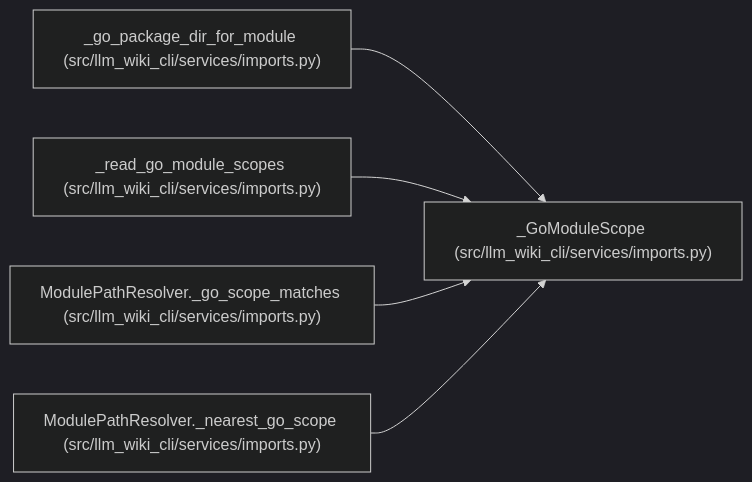
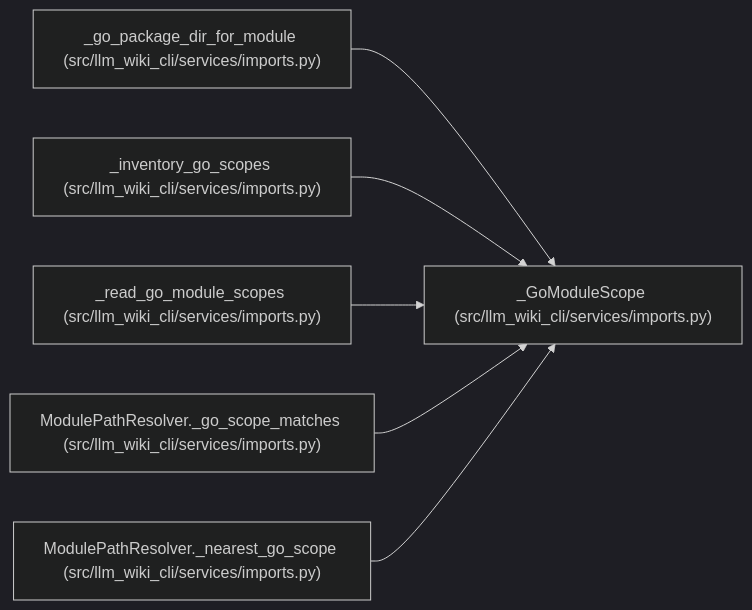
The diagram in docs/llm_wiki/entities/GoModuleScope.md (Denissvgn/python-wiki-llm), drawn with Mermaid (dark theme) before and after one commit. The commit also changed other lines of this file and 76 other files, not shown here.

````diff
--- a/docs/llm_wiki/entities/GoModuleScope.md
+++ b/docs/llm_wiki/entities/GoModuleScope.md
@@ -28,17 +28,20 @@
 ```mermaid
 flowchart LR
     n0["_GoModuleScope (src/llm_wiki_cli/services/imports.py)"]
     n1["_go_package_dir_for_module (src/llm_wiki_cli/services/imports.py)"]
-    n2["_read_go_module_scopes (src/llm_wiki_cli/services/imports.py)"]
-    n3["ModulePathResolver._go_scope_matches (src/llm_wiki_cli/services/imports.py)"]
-    n4["ModulePathResolver._nearest_go_scope (src/llm_wiki_cli/services/imports.py)"]
+    n2["_inventory_go_scopes (src/llm_wiki_cli/services/imports.py)"]
+    n3["_read_go_module_scopes (src/llm_wiki_cli/services/imports.py)"]
+    n4["ModulePathResolver._go_scope_matches (src/llm_wiki_cli/services/imports.py)"]
+    n5["ModulePathResolver._nearest_go_scope (src/llm_wiki_cli/services/imports.py)"]
     n1 --> n0
     n2 --> n0
     n3 --> n0
     n4 --> n0
+    n5 --> n0
     click n0 "../modules/imports.md"
     click n1 "../modules/imports.md"
     click n2 "../modules/imports.md"
     click n3 "../modules/imports.md"
     click n4 "../modules/imports.md"
+    click n5 "../modules/imports.md"
 ```
````
